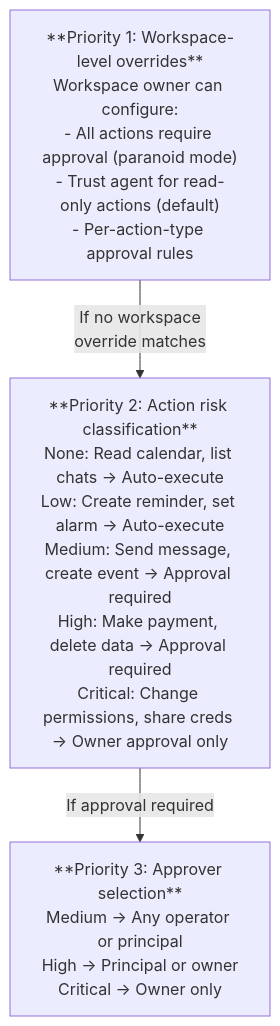
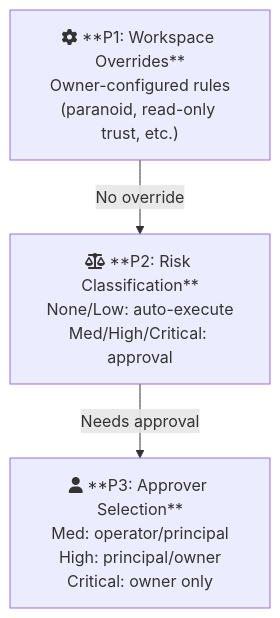
Before and after one commit to alilibx/ecqo: the third of 3 diagrams in docs/flows/agent-runtime.md, drawn with Mermaid. The commit also changed other lines of this file and 23 other files, not shown here.

````diff
--- a/docs/flows/agent-runtime.md
+++ b/docs/flows/agent-runtime.md
@@ -126,9 +121,9 @@
 ```mermaid
 flowchart TD
-    P1["**Priority 1: Workspace-level overrides**<br/>Workspace owner can configure:<br/>- All actions require approval (paranoid mode)<br/>- Trust agent for read-only actions (default)<br/>- Per-action-type approval rules"]
-    P2["**Priority 2: Action risk classification**<br/>None: Read calendar, list chats → Auto-execute<br/>Low: Create reminder, set alarm → Auto-execute<br/>Medium: Send message, create event → Approval required<br/>High: Make payment, delete data → Approval required<br/>Critical: Change permissions, share creds → Owner approval only"]
-    P3["**Priority 3: Approver selection**<br/>Medium → Any operator or principal<br/>High → Principal or owner<br/>Critical → Owner only"]
+    P1["fa:fa-gear **P1: Workspace Overrides**<br/>Owner-configured rules<br/>(paranoid, read-only trust, etc.)"]
+    P2["fa:fa-scale-balanced **P2: Risk Classification**<br/>None/Low: auto-execute<br/>Med/High/Critical: approval"]
+    P3["fa:fa-user **P3: Approver Selection**<br/>Med: operator/principal<br/>High: principal/owner<br/>Critical: owner only"]
 
-    P1 -- "If no workspace<br/>override matches" --> P2
-    P2 -- "If approval required" --> P3
+    P1 -- "No override" --> P2
+    P2 -- "Needs approval" --> P3
 ```
````
